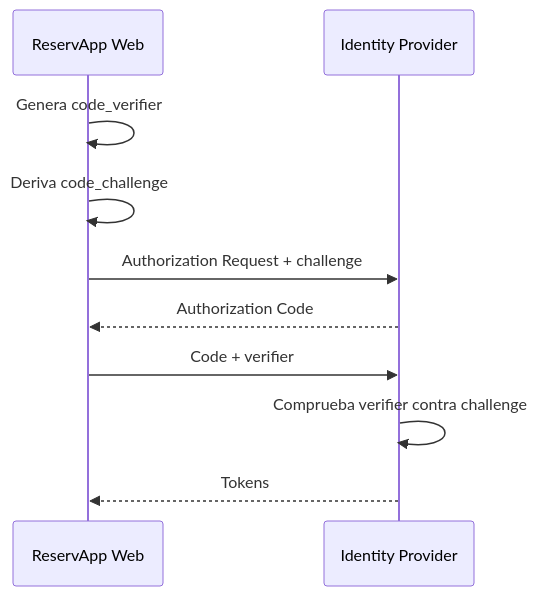
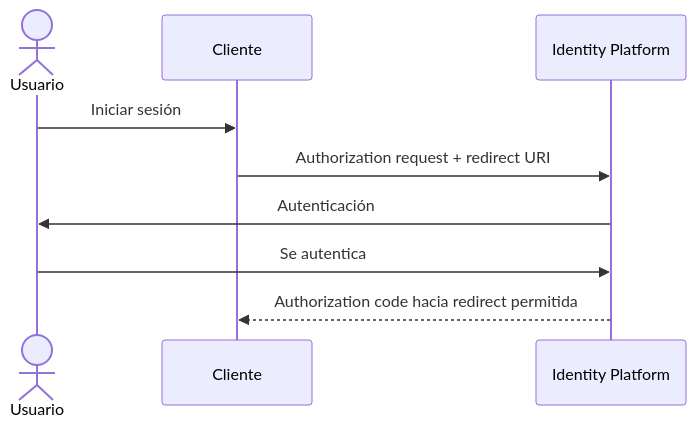
One commit to cmartinezs/DSY1107-DESARROLLO-CLOUD-NATIVE-I-2026-2 changed the second of 6 diagrams in semanas/semana-02/04-configurando-apps-idaas.md. Above: the diagram before and after it, drawn with Mermaid. The commit also changed other lines of this file, not shown here.

Commit message:
docs: fix app registration content and GitHub-safe Mermaid

````diff
--- a/semanas/semana-02/04-configurando-apps-idaas.md
+++ b/semanas/semana-02/04-configurando-apps-idaas.md
@@ -175,13 +65,12 @@
 ```mermaid
 sequenceDiagram
-    participant C as ReservApp Web
-    participant I as Identity Provider
+    actor U as Usuario
+    participant C as Cliente
+    participant I as Identity Platform
 
-    C->>C: Genera code_verifier
-    C->>C: Deriva code_challenge
-    C->>I: Authorization Request + challenge
-    I-->>C: Authorization Code
-    C->>I: Code + verifier
-    I->>I: Comprueba verifier contra challenge
-    I-->>C: Tokens
+    U->>C: Iniciar sesión
+    C->>I: Authorization request + redirect URI
+    I->>U: Autenticación
+    U->>I: Se autentica
+    I-->>C: Authorization code hacia redirect permitida
 ```
````
